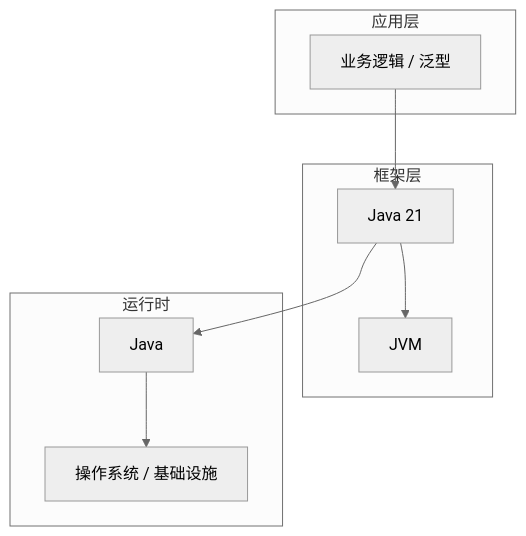
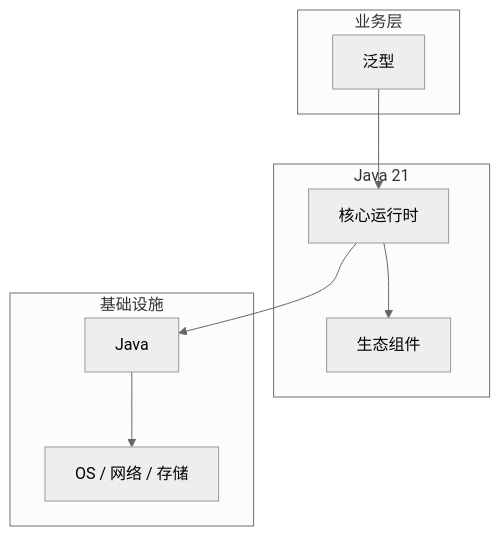
The diagram in articles/Java核心/chapters/041-泛型核心概念与原理.md (yanggan2015/knowledge-json-v2), drawn with Mermaid (neutral theme) before and after one commit. The commit also changed other lines of this file and 10127 other files, not shown here.

````diff
--- a/articles/Java核心/chapters/041-泛型核心概念与原理.md
+++ b/articles/Java核心/chapters/041-泛型核心概念与原理.md
@@ -45,18 +34,18 @@
 ```mermaid
 graph TB
-    subgraph 应用层
-        A[业务逻辑 / 泛型]
+    subgraph 业务层
+        A[泛型]
     end
-    subgraph 框架层
-        B[Java 21]
-        C[JVM]
+    subgraph Java 21
+        B[核心运行时]
+        C[生态组件]
     end
-    subgraph 运行时
+    subgraph 基础设施
         D[Java]
-        E[操作系统 / 基础设施]
+        E[OS / 网络 / 存储]
     end
     A --> B
     B --> C
     B --> D
     D --> E
 ```
````
